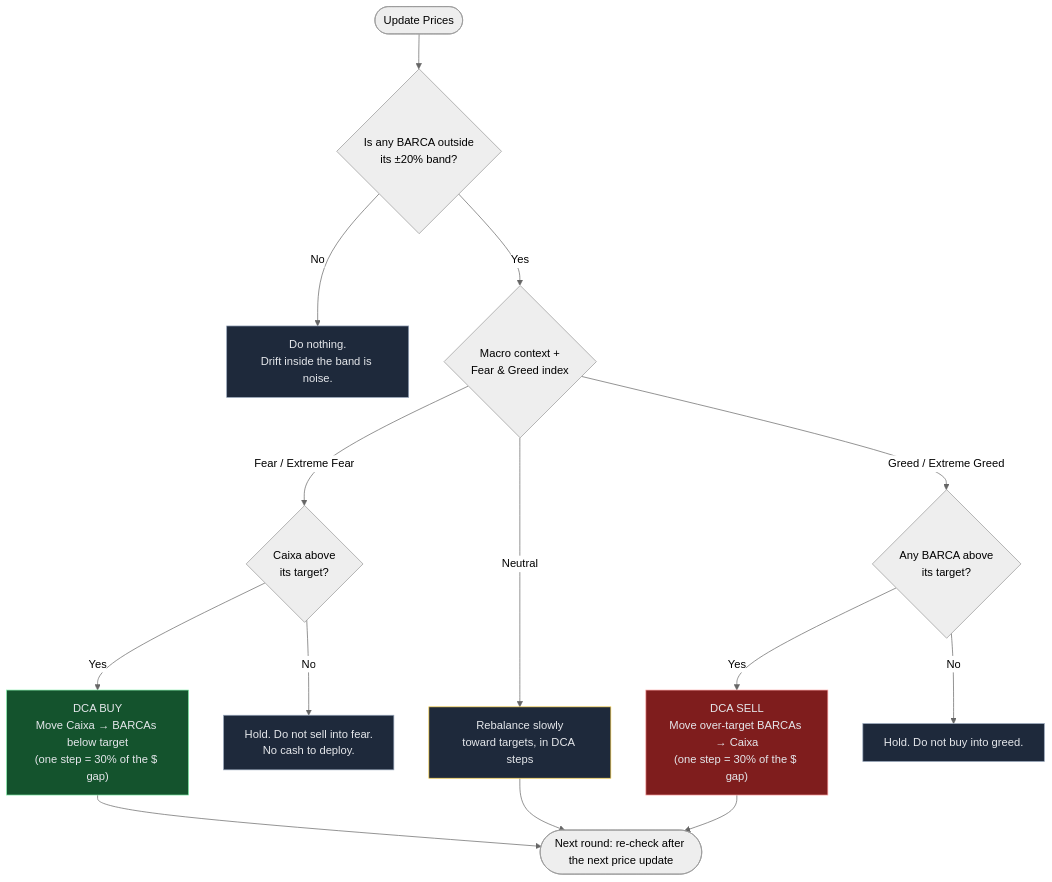
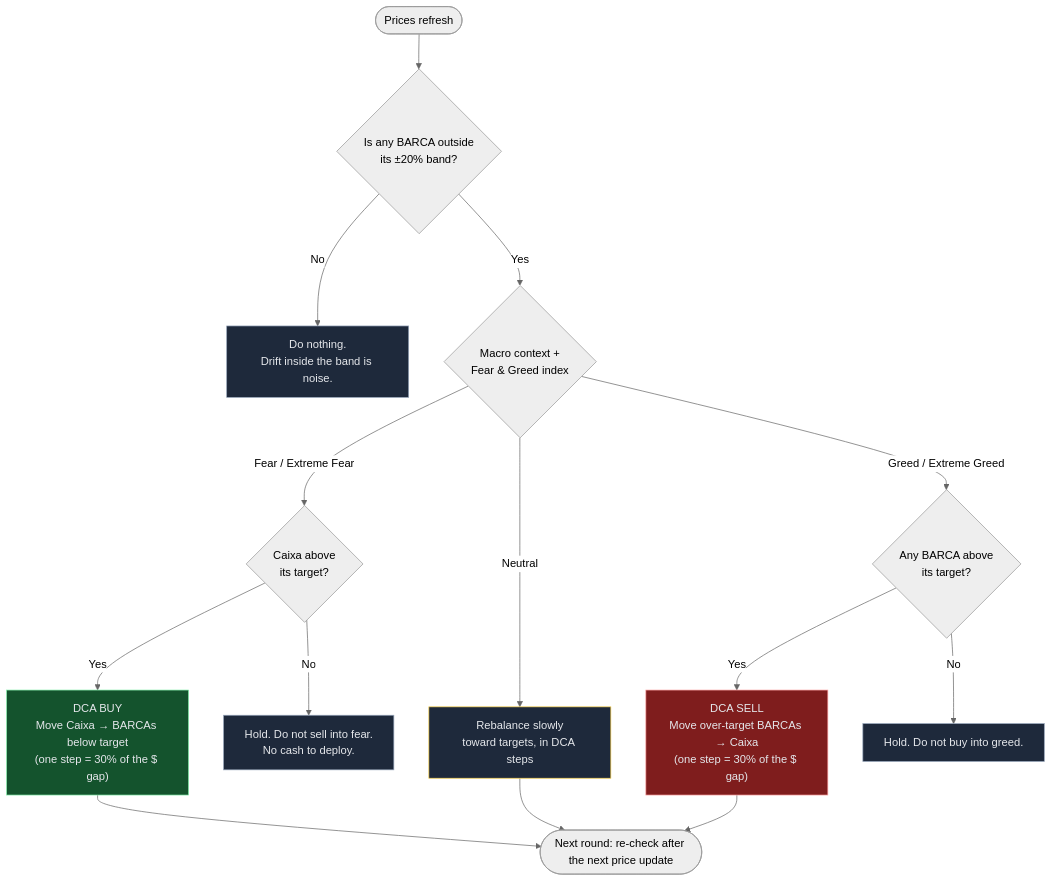
The diagram in docs/barca-decision.mmd (rchau73/crypto_management), drawn with Mermaid (neutral theme) before and after one commit. The commit also changed 34 other files, not shown here.

First line of the commit message:
Live prices: load on open, refresh by themselves, no Update Prices button

```diff
--- a/docs/barca-decision.mmd
+++ b/docs/barca-decision.mmd
@@ -1,25 +1,25 @@
 flowchart TD
-    START(["Update Prices"]) --> BANDS{"Is any BARCA outside<br/>its ±20% band?"}
+    START(["Prices refresh"]) --> BANDS{"Is any BARCA outside<br/>its ±20% band?"}
     BANDS -- "No" --> HOLD["Do nothing.<br/>Drift inside the band is noise."]
     BANDS -- "Yes" --> SENT{"Macro context +<br/>Fear & Greed index"}
 
     SENT -- "Fear / Extreme Fear" --> CAIXA_HIGH{"Caixa above<br/>its target?"}
     CAIXA_HIGH -- "Yes" --> BUY["DCA BUY<br/>Move Caixa → BARCAs below target<br/>(one step = 30% of the $ gap)"]
     CAIXA_HIGH -- "No" --> WAIT_FEAR["Hold. Do not sell into fear.<br/>No cash to deploy."]
 
     SENT -- "Neutral" --> NEUTRAL["Rebalance slowly<br/>toward targets, in DCA steps"]
 
     SENT -- "Greed / Extreme Greed" --> OVER{"Any BARCA above<br/>its target?"}
     OVER -- "Yes" --> SELL["DCA SELL<br/>Move over-target BARCAs → Caixa<br/>(one step = 30% of the $ gap)"]
     OVER -- "No" --> WAIT_GREED["Hold. Do not buy into greed."]
 
     BUY --> NEXT(["Next round: re-check after the next price update"])
     SELL --> NEXT
     NEUTRAL --> NEXT
 
     style BUY fill:#14532d,stroke:#86efac,color:#e5e7eb
     style SELL fill:#7f1d1d,stroke:#fca5a5,color:#e5e7eb
     style HOLD fill:#1e293b,stroke:#94a3b8,color:#e5e7eb
     style WAIT_FEAR fill:#1e293b,stroke:#94a3b8,color:#e5e7eb
     style WAIT_GREED fill:#1e293b,stroke:#94a3b8,color:#e5e7eb
     style NEUTRAL fill:#1e293b,stroke:#fcd34d,color:#e5e7eb
```
